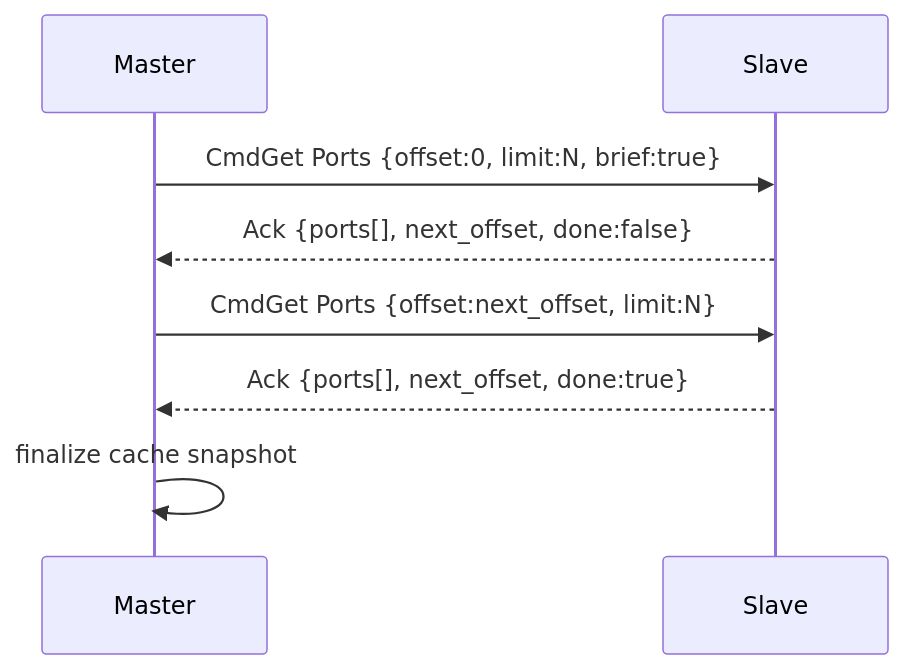
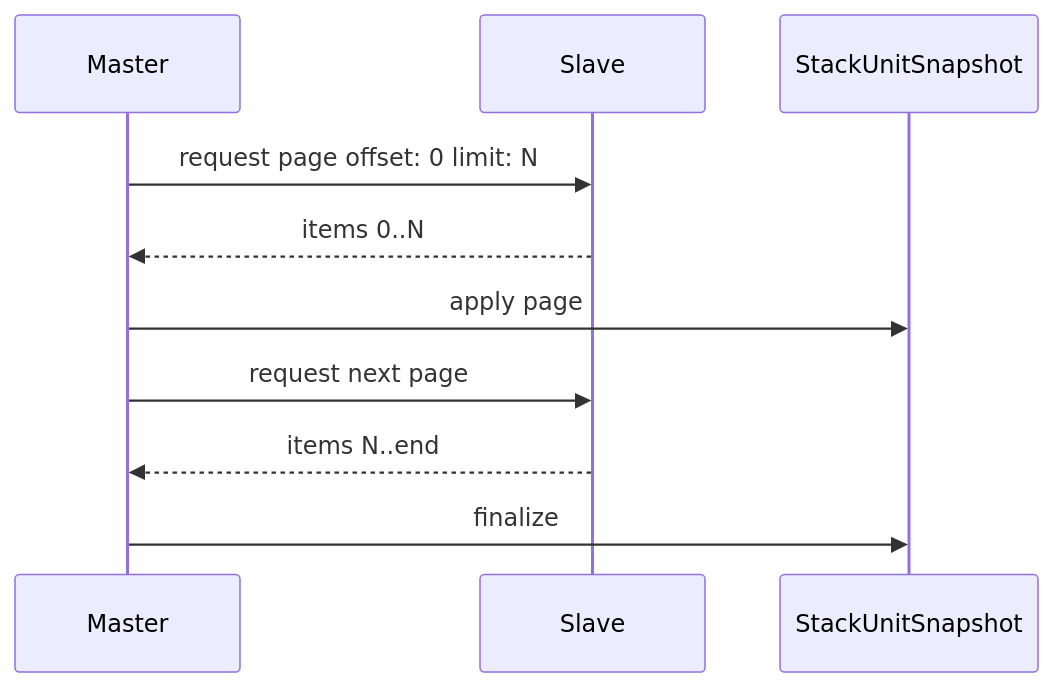
Before and after one commit to Denisov-Foundation-Limited/plc-esp2: the fifth of 5 diagrams in STACK.md, drawn with Mermaid. The commit also changed other lines of this file and 6 other files, not shown here.

````diff
--- a/STACK.md
+++ b/STACK.md
@@ -242,10 +329,13 @@
 ```mermaid
 sequenceDiagram
   participant M as Master
   participant S as Slave
-  M->>S: CmdGet Ports {offset:0, limit:N, brief:true}
-  S-->>M: Ack {ports[], next_offset, done:false}
-  M->>S: CmdGet Ports {offset:next_offset, limit:N}
-  S-->>M: Ack {ports[], next_offset, done:true}
-  M->>M: finalize cache snapshot
+  participant X as StackUnitSnapshot
+
+  M->>S: request page offset: 0 limit: N
+  S-->>M: items 0..N
+  M->>X: apply page
+  M->>S: request next page
+  S-->>M: items N..end
+  M->>X: finalize
 ```
````
